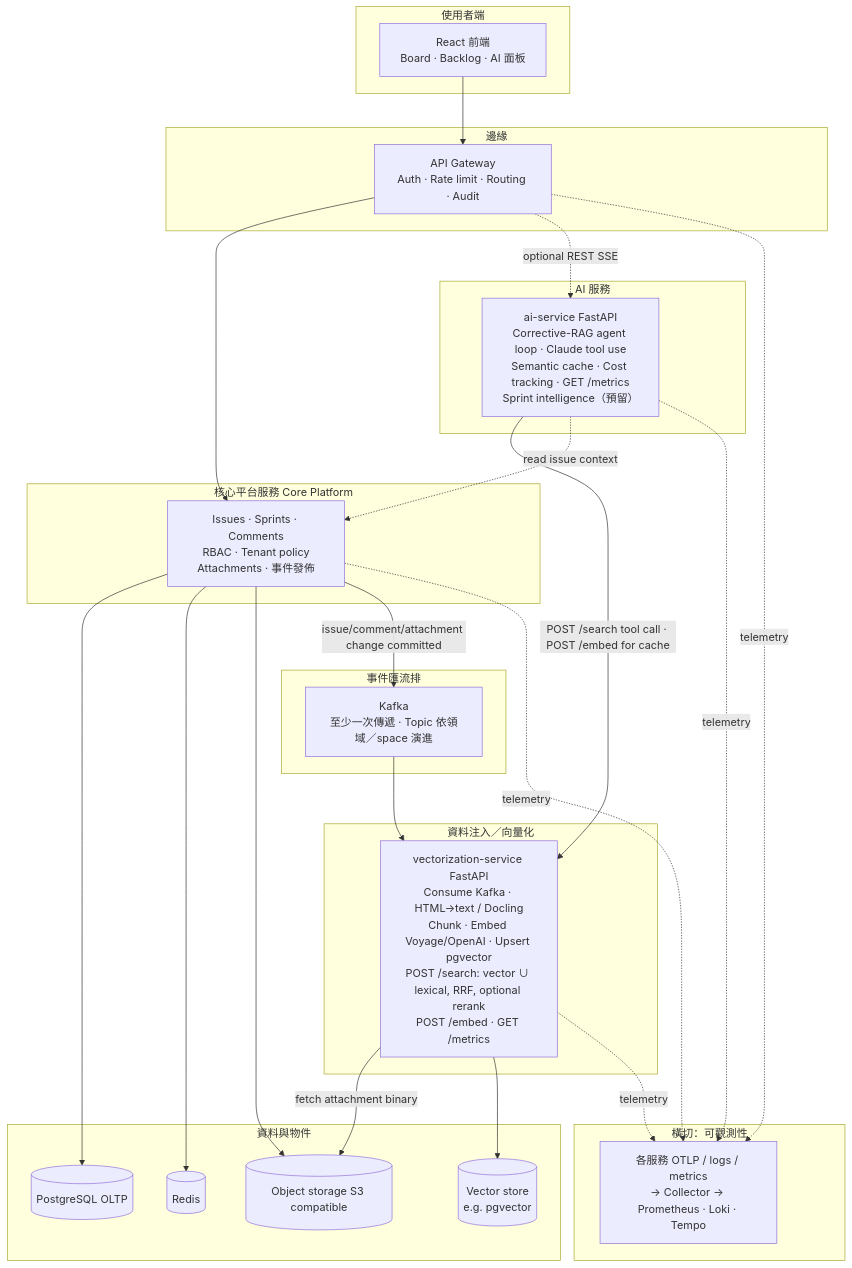
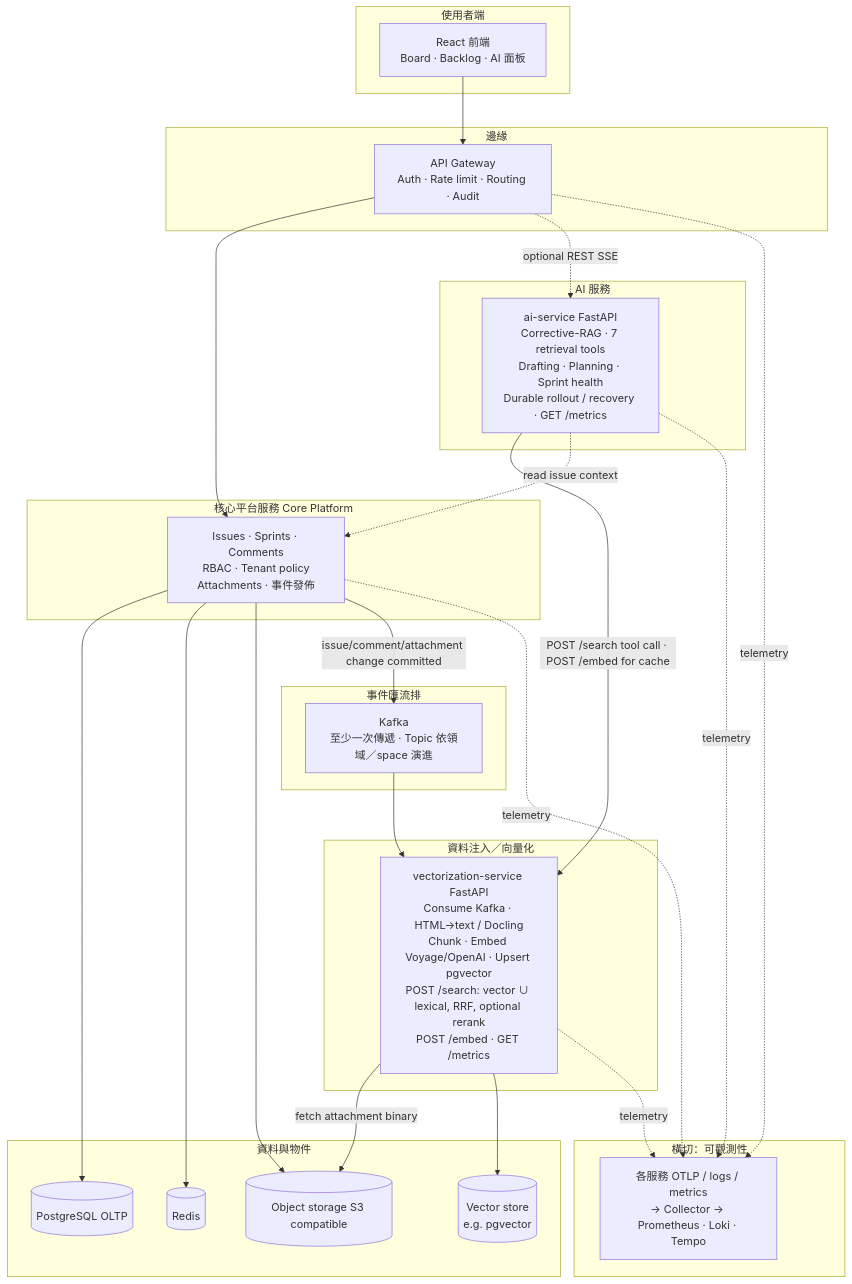
One commit to michael23fire/sprint-orchestra-core changed the first of 2 diagrams in docs/ARCHITECTURE.md. Above: the diagram before and after it, drawn with Mermaid. The commit also changed other lines of this file and 32 other files, not shown here.

````diff
--- a/docs/ARCHITECTURE.md
+++ b/docs/ARCHITECTURE.md
@@ -42,58 +42,58 @@
 ```mermaid
 flowchart TB
   subgraph client [使用者端]
     FE[React 前端<br/>Board · Backlog · AI 面板]
   end
 
   subgraph edge [邊緣]
     GW[API Gateway<br/>Auth · Rate limit · Routing · Audit]
   end
 
   subgraph core [核心平台服務 Core Platform]
     CP[Issues · Sprints · Comments<br/>RBAC · Tenant policy<br/>Attachments · 事件發佈]
   end
 
   subgraph bus [事件匯流排]
     K[Kafka<br/>至少一次傳遞 · Topic 依領域／space 演進]
   end
 
   subgraph rag [資料注入／向量化]
     VS[vectorization-service FastAPI<br/>Consume Kafka · HTML→text / Docling<br/>Chunk · Embed Voyage/OpenAI · Upsert pgvector<br/>POST /search: vector ∪ lexical, RRF, optional rerank<br/>POST /embed · GET /metrics]
   end
 
   subgraph ai [AI 服務]
-    AI[ai-service FastAPI<br/>Corrective-RAG agent loop · Claude tool use<br/>Semantic cache · Cost tracking · GET /metrics<br/>Sprint intelligence（預留）]
+    AI[ai-service FastAPI<br/>Corrective-RAG · 7 retrieval tools<br/>Drafting · Planning · Sprint health<br/>Durable rollout / recovery · GET /metrics]
   end
 
   subgraph data [資料與物件]
     PG[(PostgreSQL OLTP)]
     RD[(Redis)]
     OBJ[(Object storage S3 compatible)]
     VDB[(Vector store<br/>e.g. pgvector)]
   end
 
   subgraph o11y [橫切：可觀測性]
     OTL[各服務 OTLP / logs / metrics<br/>→ Collector → Prometheus · Loki · Tempo]
   end
 
   FE --> GW
   GW --> CP
   GW -. optional REST SSE .-> AI
 
   CP --> PG
   CP --> RD
   CP --> OBJ
   CP -->|issue/comment/attachment change committed| K
 
   K --> VS
   VS -->|fetch attachment binary| OBJ
   VS --> VDB
 
   AI -->|POST /search tool call · POST /embed for cache| VS
   AI -. read issue context .-> CP
 
   CP -. telemetry .-> OTL
   GW -. telemetry .-> OTL
   VS -. telemetry .-> OTL
   AI -. telemetry .-> OTL
 ```
````
